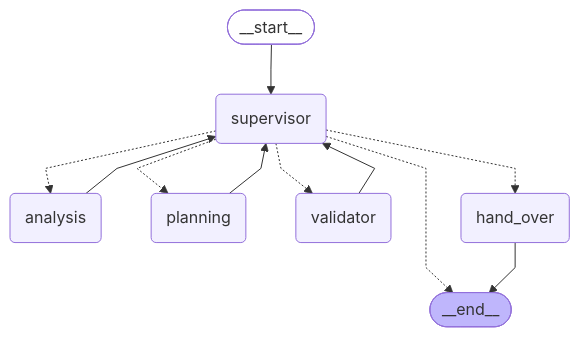
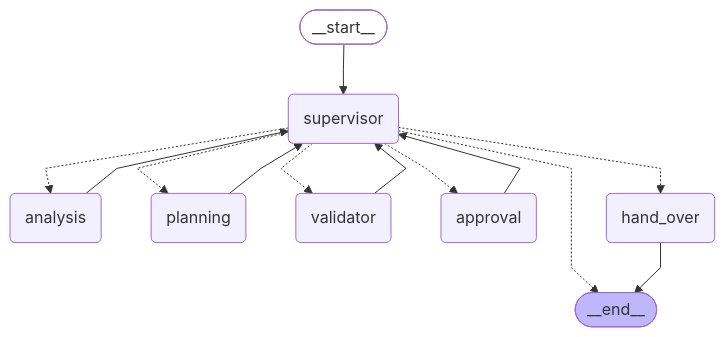
One commit to joscha-hillienhoff/engineering-agents changed the diagram in docs/img/graph.mmd. Above: the diagram before and after it, drawn with Mermaid. The commit also changed 5 other files, not shown here.

```diff
--- a/docs/img/graph.mmd
+++ b/docs/img/graph.mmd
@@ -1,26 +1,29 @@
 ---
 config:
   flowchart:
     curve: linear
 ---
 graph TD;
 	__start__([<p>__start__</p>]):::first
 	supervisor(supervisor)
 	analysis(analysis)
 	planning(planning)
 	validator(validator)
+	approval(approval)
 	hand_over(hand_over)
 	__end__([<p>__end__</p>]):::last
 	__start__ --> supervisor;
 	analysis --> supervisor;
+	approval --> supervisor;
 	planning --> supervisor;
 	supervisor -.-> __end__;
 	supervisor -.-> analysis;
+	supervisor -.-> approval;
 	supervisor -.-> hand_over;
 	supervisor -.-> planning;
 	supervisor -.-> validator;
 	validator --> supervisor;
 	hand_over --> __end__;
 	classDef default fill:#f2f0ff,line-height:1.2
 	classDef first fill-opacity:0
 	classDef last fill:#bfb6fc
```
